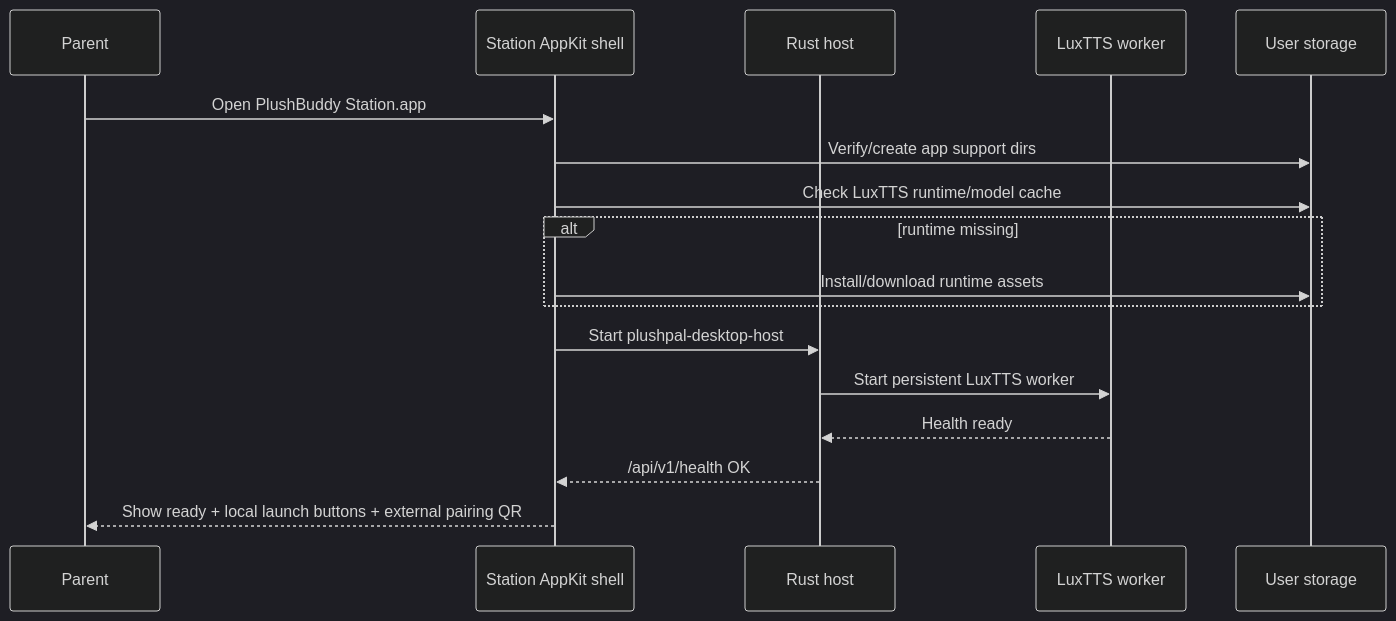
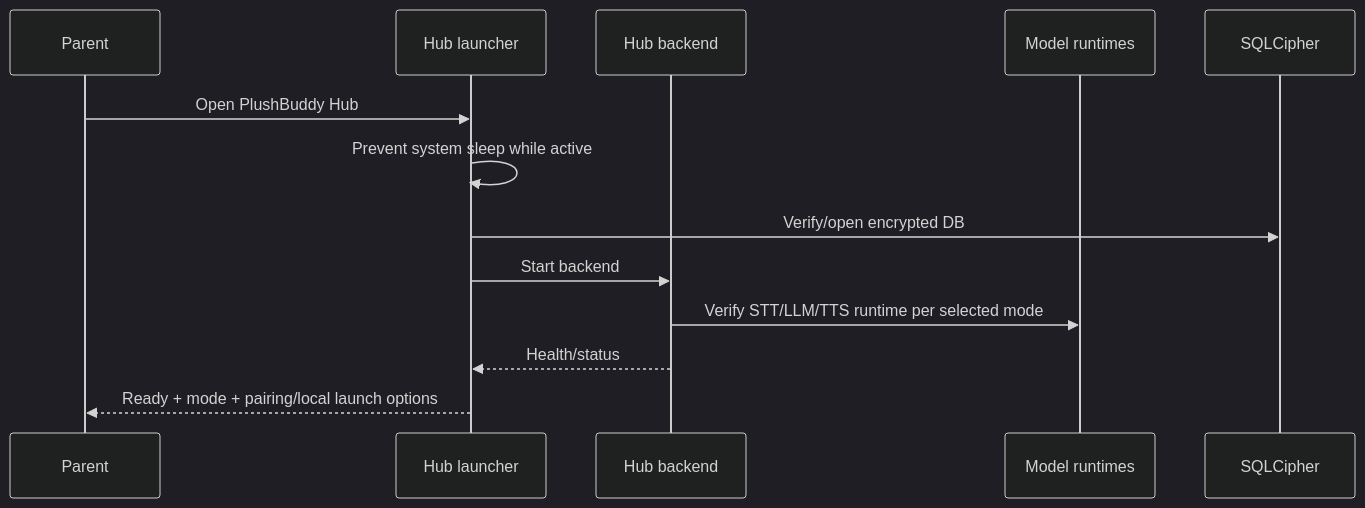
The second of 4 diagrams in docs/architecture/SYSTEM_DESIGN.md (palwe-prafulla/plushpal), drawn with Mermaid (dark theme) before and after one commit. The commit also changed other lines of this file and 9 other files, not shown here.

Commit message:
Document PlushBuddy Hub target architecture

````diff
--- a/docs/architecture/SYSTEM_DESIGN.md
+++ b/docs/architecture/SYSTEM_DESIGN.md
@@ -464,20 +353,16 @@
 ```mermaid
 sequenceDiagram
     participant Parent
-    participant StationApp as Station AppKit shell
-    participant Host as Rust host
-    participant Worker as LuxTTS worker
-    participant FS as User storage
+    participant Shell as Hub launcher
+    participant Hub as Hub backend
+    participant Models as Model runtimes
+    participant DB as SQLCipher
 
-    Parent->>StationApp: Open PlushBuddy Station.app
-    StationApp->>FS: Verify/create app support dirs
-    StationApp->>FS: Check LuxTTS runtime/model cache
-    alt runtime missing
-        StationApp->>FS: Install/download runtime assets
-    end
-    StationApp->>Host: Start plushpal-desktop-host
-    Host->>Worker: Start persistent LuxTTS worker
-    Worker-->>Host: Health ready
-    Host-->>StationApp: /api/v1/health OK
-    StationApp-->>Parent: Show ready + local launch buttons + external pairing QR
+    Parent->>Shell: Open PlushBuddy Hub
+    Shell->>Shell: Prevent system sleep while active
+    Shell->>DB: Verify/open encrypted DB
+    Shell->>Hub: Start backend
+    Hub->>Models: Verify STT/LLM/TTS runtime per selected mode
+    Hub-->>Shell: Health/status
+    Shell-->>Parent: Ready + mode + pairing/local launch options
 ```
````
